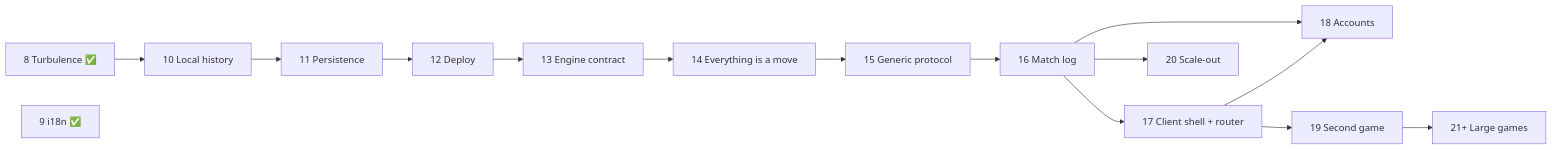
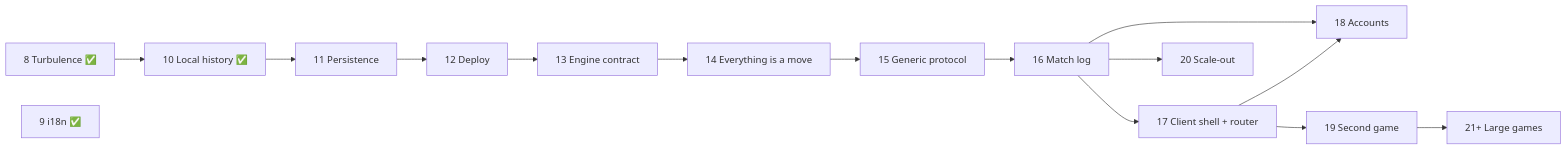
The diagram in docs/PLAN.md (thawmisntme4081/boardgame), drawn with Mermaid before and after one commit. The commit also changed other lines of this file and 18 other files, not shown here.

````diff
--- a/docs/PLAN.md
+++ b/docs/PLAN.md
@@ -64,13 +64,13 @@
 ```mermaid
 flowchart LR
-  P8[8 Turbulence ✅] --> P10[10 Local history]
+  P8[8 Turbulence ✅] --> P10[10 Local history ✅]
   P9[9 i18n ✅]
   P10 --> P11[11 Persistence] --> P12[12 Deploy]
   P12 --> P13[13 Engine contract] --> P14[14 Everything is a move] --> P15[15 Generic protocol]
   P15 --> P16[16 Match log] --> P17[17 Client shell + router]
   P16 --> P18[18 Accounts]
   P17 --> P18
   P17 --> P19[19 Second game]
   P19 --> P21[21+ Large games]
   P16 --> P20[20 Scale-out]
 ```
````
